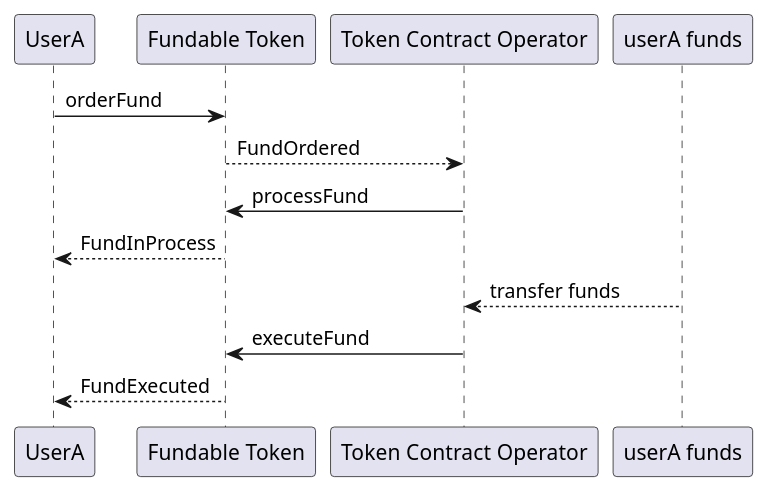
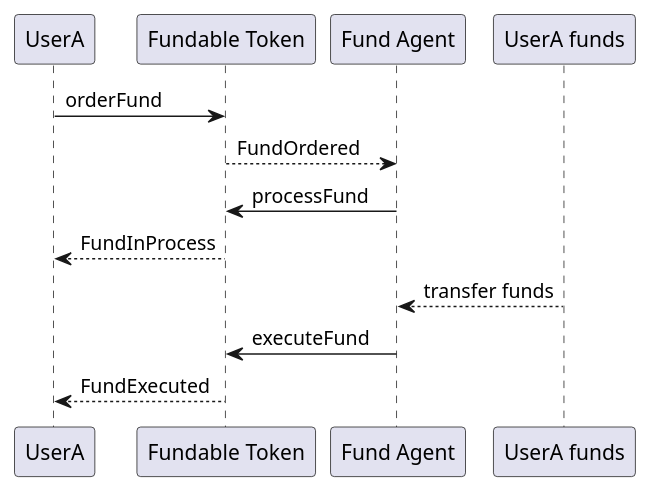
The diagram in diagrams/fundable_execute.puml (IoBuilders/fundable-token), drawn with PlantUML before and after one commit. The commit also changed 10 other files, not shown here.

Commit message:
added fund agent role instead of single token operator

```diff
--- a/diagrams/fundable_execute.puml
+++ b/diagrams/fundable_execute.puml
@@ -1,9 +1,9 @@
 @startuml
 UserA -> "Fundable Token": orderFund
-"Fundable Token" --> "Token Contract Operator": FundOrdered
-"Token Contract Operator" -> "Fundable Token": processFund
+"Fundable Token" --> "Fund Agent": FundOrdered
+"Fund Agent" -> "Fundable Token": processFund
 "Fundable Token" --> "UserA": FundInProcess
-"userA funds" --> "Token Contract Operator": transfer funds
-"Token Contract Operator" -> "Fundable Token": executeFund
+"UserA funds" --> "Fund Agent": transfer funds
+"Fund Agent" -> "Fundable Token": executeFund
 "Fundable Token" --> UserA: FundExecuted
 @enduml
```
